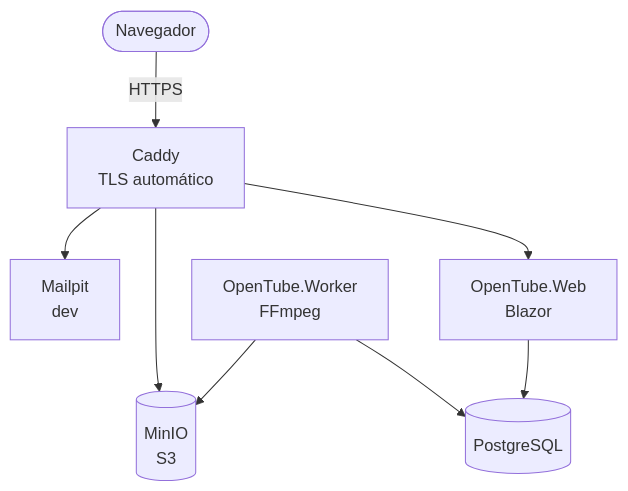
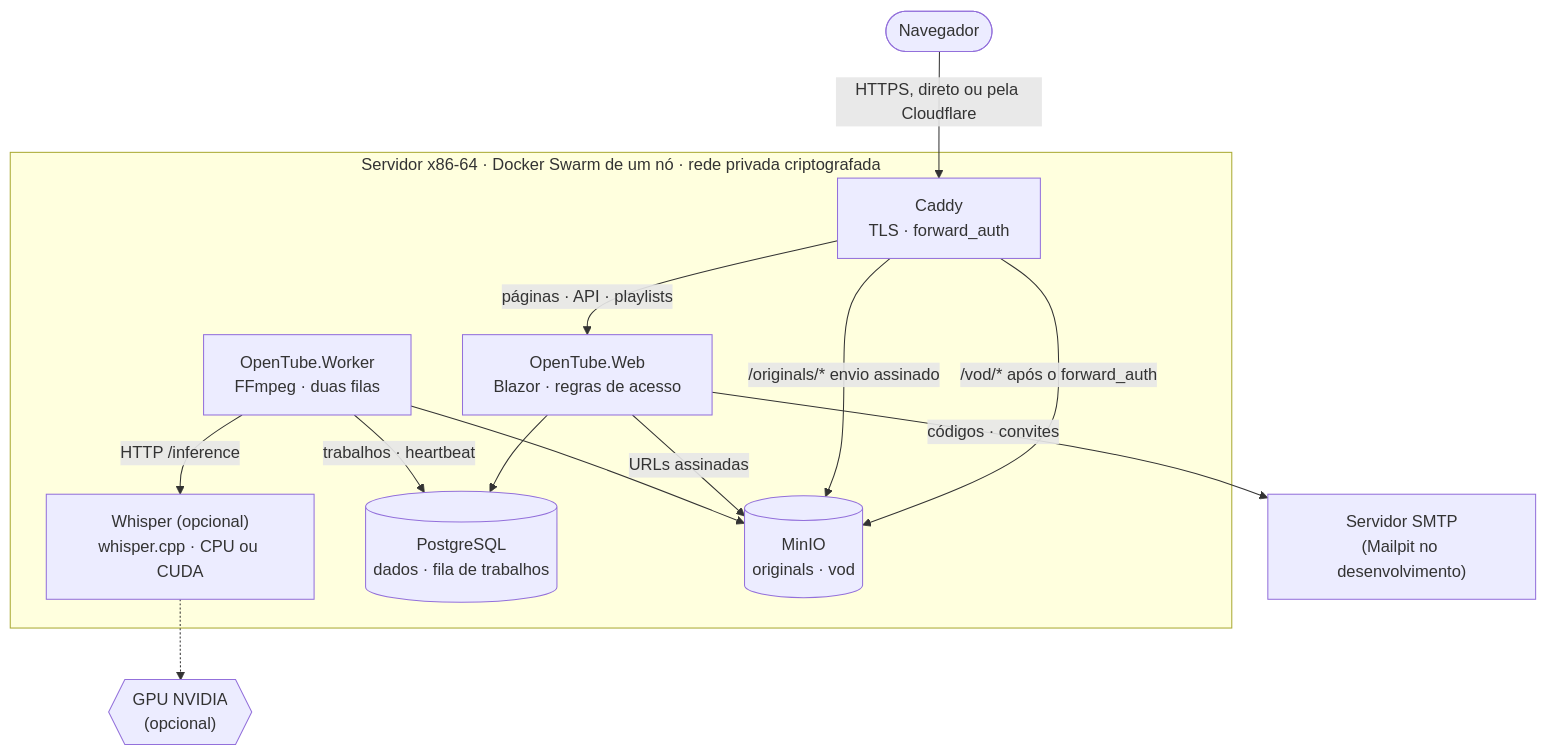
The second of 6 diagrams in README.pt.md (allanbarcelos/opentube), drawn with Mermaid before and after one commit. The commit also changed other lines of this file and 46 other files, not shown here.

````diff
--- a/README.pt.md
+++ b/README.pt.md
@@ -101,10 +167,28 @@
 ```mermaid
 flowchart TB
-    navegador([Navegador]) -->|HTTPS| caddy["Caddy<br/>TLS automático"]
-    caddy --> web["OpenTube.Web<br/>Blazor"]
-    caddy --> minio[("MinIO<br/>S3")]
-    caddy --> mailpit["Mailpit<br/>dev"]
-    web --> postgres[(PostgreSQL)]
-    worker["OpenTube.Worker<br/>FFmpeg"] --> postgres
+    navegador(["Navegador"])
+    smtp["Servidor SMTP<br/>(Mailpit no desenvolvimento)"]
+
+    subgraph servidor["Servidor x86-64 · Docker Swarm de um nó · rede privada criptografada"]
+        caddy["Caddy<br/>TLS · forward_auth"]
+        web["OpenTube.Web<br/>Blazor · regras de acesso"]
+        worker["OpenTube.Worker<br/>FFmpeg · duas filas"]
+        whisper["Whisper (opcional)<br/>whisper.cpp · CPU ou CUDA"]
+        postgres[("PostgreSQL<br/>dados · fila de trabalhos")]
+        minio[("MinIO<br/>originals · vod")]
+    end
+
+    gpu{{"GPU NVIDIA<br/>(opcional)"}}
+
+    navegador -->|"HTTPS, direto ou pela Cloudflare"| caddy
+    caddy -->|"páginas · API · playlists"| web
+    caddy -->|"/vod/* após o forward_auth"| minio
+    caddy -->|"/originals/* envio assinado"| minio
+    web --> postgres
+    web -->|"URLs assinadas"| minio
+    web -->|"códigos · convites"| smtp
+    worker -->|"trabalhos · heartbeat"| postgres
     worker --> minio
+    worker -->|"HTTP /inference"| whisper
+    whisper -.-> gpu
 ```
````
